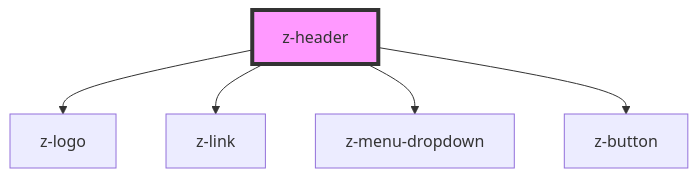
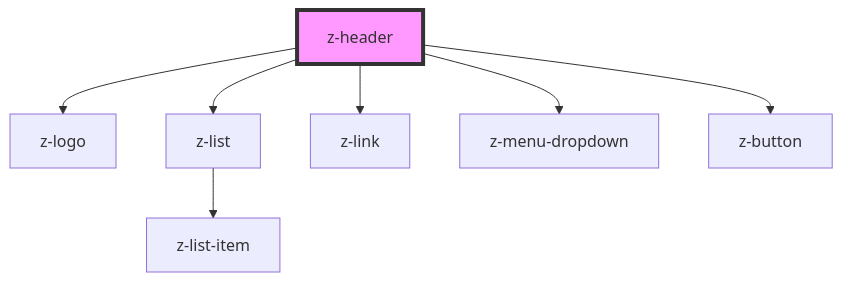
Before and after one commit to ZanichelliEditore/design-system: the diagram in web-components-library/src/components/z-header/readme.md, drawn with Mermaid. The commit also changed other lines of this file and 5 other files, not shown here.

````diff
--- a/web-components-library/src/components/z-header/readme.md
+++ b/web-components-library/src/components/z-header/readme.md
@@ -30,8 +31,10 @@
 ```mermaid
 graph TD;
   z-header --> z-logo
+  z-header --> z-list
   z-header --> z-link
   z-header --> z-menu-dropdown
   z-header --> z-button
+  z-list --> z-list-item
   style z-header fill:#f9f,stroke:#333,stroke-width:4px
 ```
````
